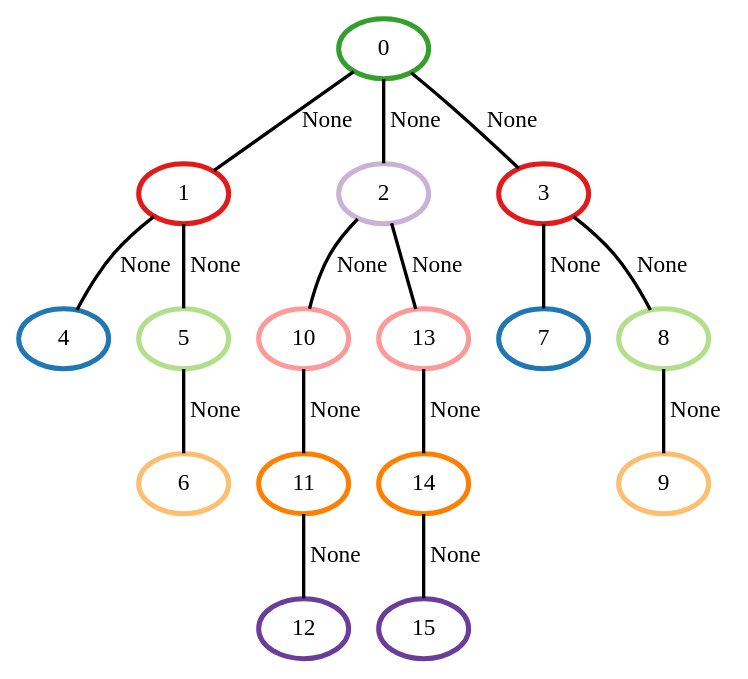
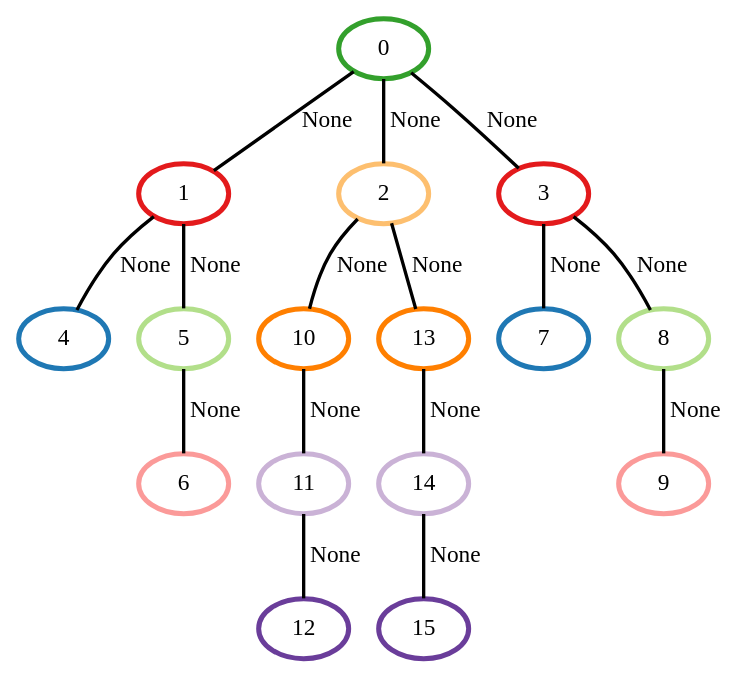
Before and after one commit to Alex314-dev/graphisomorphism: the diagram in Colored/colorref_smallexample_4_16-0.dot, drawn with Graphviz. The commit also changed 25 other files, not shown here.

```diff
--- a/Colored/colorref_smallexample_4_16-0.dot
+++ b/Colored/colorref_smallexample_4_16-0.dot
@@ -1,34 +1,34 @@
 graph G {
     0 [penwidth=3,label="0",color=4, colorscheme=paired12]
     1 [penwidth=3,label="1",color=6, colorscheme=paired12]
-    2 [penwidth=3,label="2",color=9, colorscheme=paired12]
+    2 [penwidth=3,label="2",color=7, colorscheme=paired12]
     3 [penwidth=3,label="3",color=6, colorscheme=paired12]
     4 [penwidth=3,label="4",color=2, colorscheme=paired12]
     5 [penwidth=3,label="5",color=3, colorscheme=paired12]
-    6 [penwidth=3,label="6",color=7, colorscheme=paired12]
+    6 [penwidth=3,label="6",color=5, colorscheme=paired12]
     7 [penwidth=3,label="7",color=2, colorscheme=paired12]
     8 [penwidth=3,label="8",color=3, colorscheme=paired12]
-    9 [penwidth=3,label="9",color=7, colorscheme=paired12]
-    10 [penwidth=3,label="10",color=5, colorscheme=paired12]
-    11 [penwidth=3,label="11",color=8, colorscheme=paired12]
+    9 [penwidth=3,label="9",color=5, colorscheme=paired12]
+    10 [penwidth=3,label="10",color=8, colorscheme=paired12]
+    11 [penwidth=3,label="11",color=9, colorscheme=paired12]
     12 [penwidth=3,label="12",color=10, colorscheme=paired12]
-    13 [penwidth=3,label="13",color=5, colorscheme=paired12]
-    14 [penwidth=3,label="14",color=8, colorscheme=paired12]
+    13 [penwidth=3,label="13",color=8, colorscheme=paired12]
+    14 [penwidth=3,label="14",color=9, colorscheme=paired12]
     15 [penwidth=3,label="15",color=10, colorscheme=paired12]
 
     0--1 [penwidth=2,label="None"]
     1--4 [penwidth=2,label="None"]
     1--5 [penwidth=2,label="None"]
     5--6 [penwidth=2,label="None"]
     0--2 [penwidth=2,label="None"]
     2--10 [penwidth=2,label="None"]
     2--13 [penwidth=2,label="None"]
     10--11 [penwidth=2,label="None"]
     11--12 [penwidth=2,label="None"]
     13--14 [penwidth=2,label="None"]
     14--15 [penwidth=2,label="None"]
     0--3 [penwidth=2,label="None"]
     3--7 [penwidth=2,label="None"]
     3--8 [penwidth=2,label="None"]
     8--9 [penwidth=2,label="None"]
 }
```
